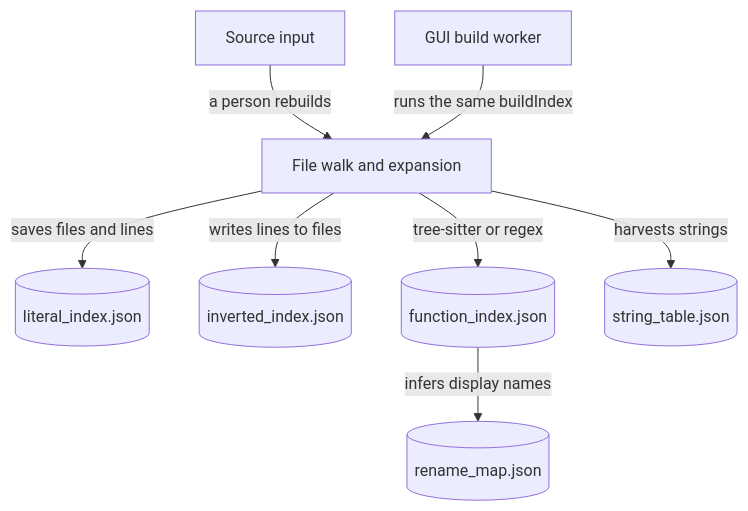
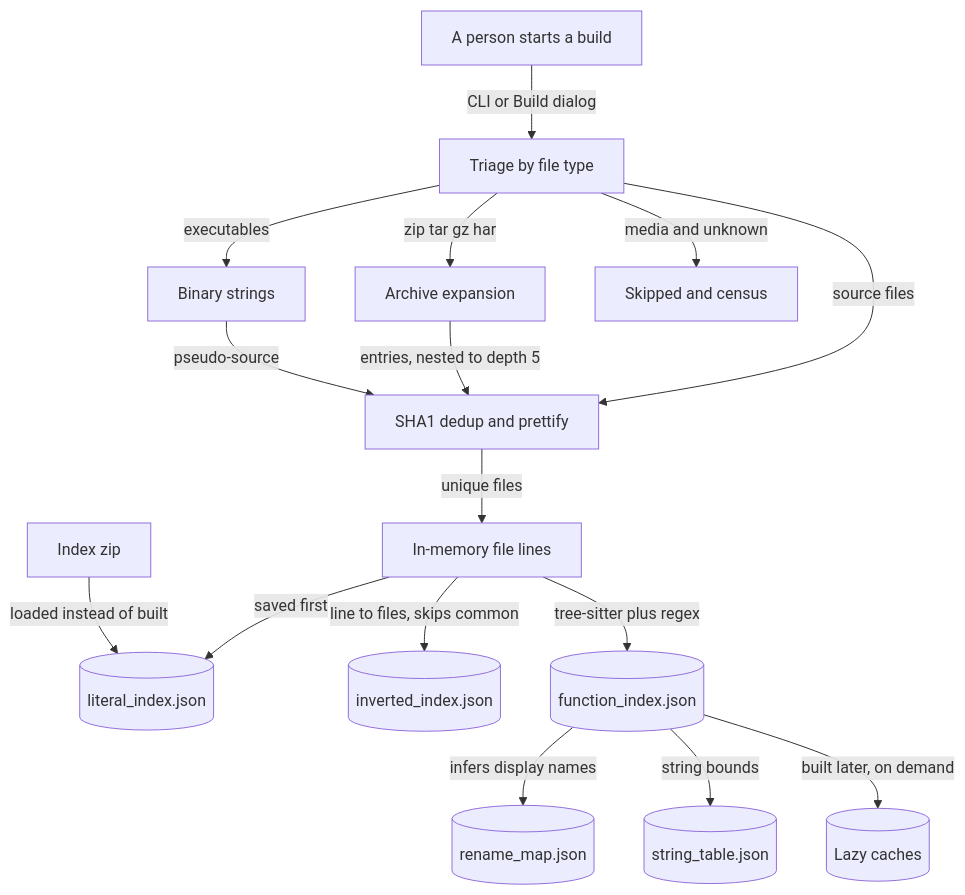
One commit to aschulman42-cell/code-exam changed the diagram in docs/orientation/architecture/02-index-build.mmd. Above: the diagram before and after it, drawn with Mermaid. The commit also changed 14 other files, not shown here.

```diff
--- a/docs/orientation/architecture/02-index-build.mmd
+++ b/docs/orientation/architecture/02-index-build.mmd
@@ -1,20 +1,35 @@
 flowchart TD
-  source[Source input]
-  worker[GUI build worker]
-  walk[File walk and expansion]
+  request[A person starts a build]
+  triage[Triage by file type]
+  archives[Archive expansion]
+  binaries[Binary strings]
+  skipped[Skipped and census]
+  dedup[SHA1 dedup and prettify]
+  lines[In-memory file lines]
   literal[(literal_index.json)]
   inverted[(inverted_index.json)]
   functions[(function_index.json)]
   renames[(rename_map.json)]
   strings[(string_table.json)]
+  lazy[(Lazy caches)]
+  zip[Index zip]
 
-  source -->|a person rebuilds| walk
-  worker -->|runs the same buildIndex| walk
-  walk -->|saves files and lines| literal
-  walk -->|writes lines to files| inverted
-  walk -->|tree-sitter or regex| functions
+  request -->|CLI or Build dialog| triage
+  triage -->|source files| dedup
+  triage -->|zip tar gz har| archives
+  triage -->|executables| binaries
+  triage -->|media and unknown| skipped
+  archives -->|entries, nested to depth 5| dedup
+  binaries -->|pseudo-source| dedup
+  dedup -->|unique files| lines
+  lines -->|saved first| literal
+  lines -->|line to files, skips common| inverted
+  lines -->|tree-sitter plus regex| functions
   functions -->|infers display names| renames
-  walk -->|harvests strings| strings
+  functions -->|string bounds| strings
+  functions -->|built later, on demand| lazy
+  zip -->|loaded instead of built| literal
 
-%% tip: a person rebuilds :: Depends on a person: nothing watches the source, so an index stays as it was built.
-%% tip: tree-sitter or regex :: Tree-sitter is now the default; --regex-parser opts out.
+%% tip: A person starts a build :: Nothing watches the source. An index stays as it was built until someone rebuilds it.
+%% tip: line to files, skips common :: Lines under 4 characters, or found in more than 50 files, are not indexed. Searches that use this index can miss them.
+%% tip: tree-sitter plus regex :: Per file, not either/or: regex runs too, and the results are merged.
```
